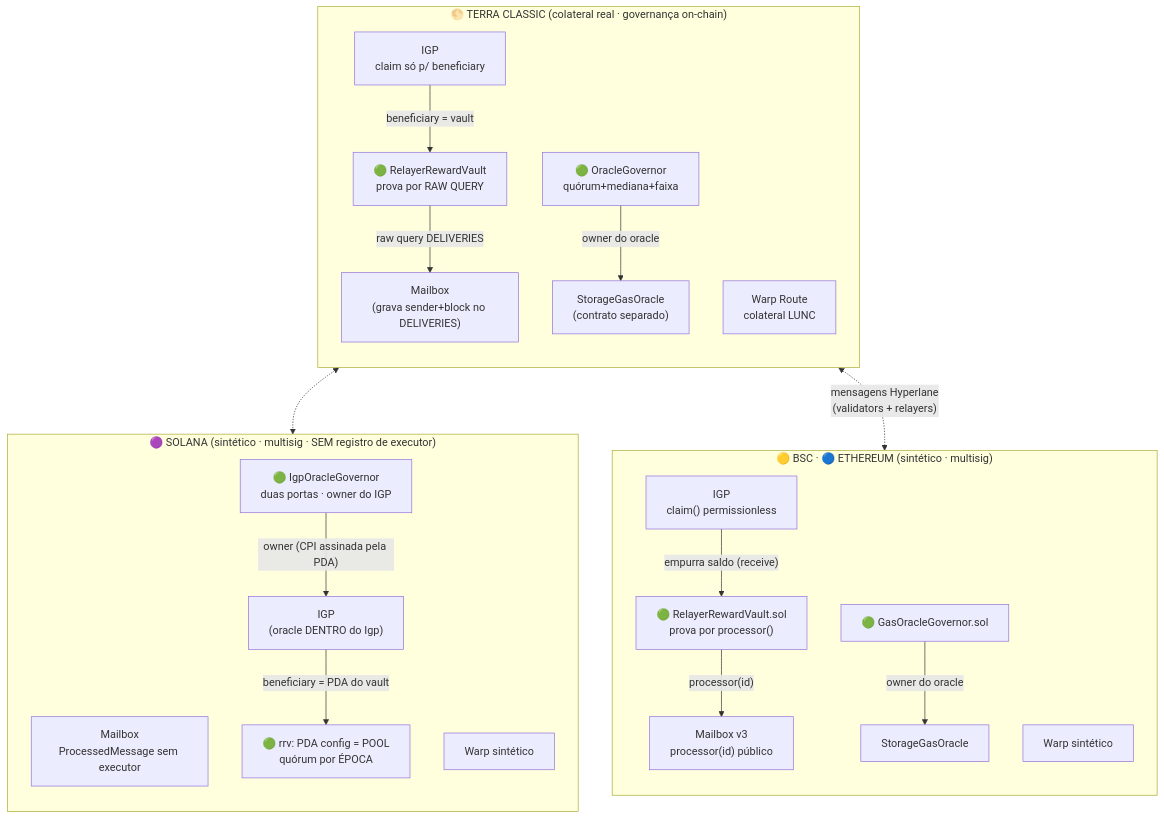
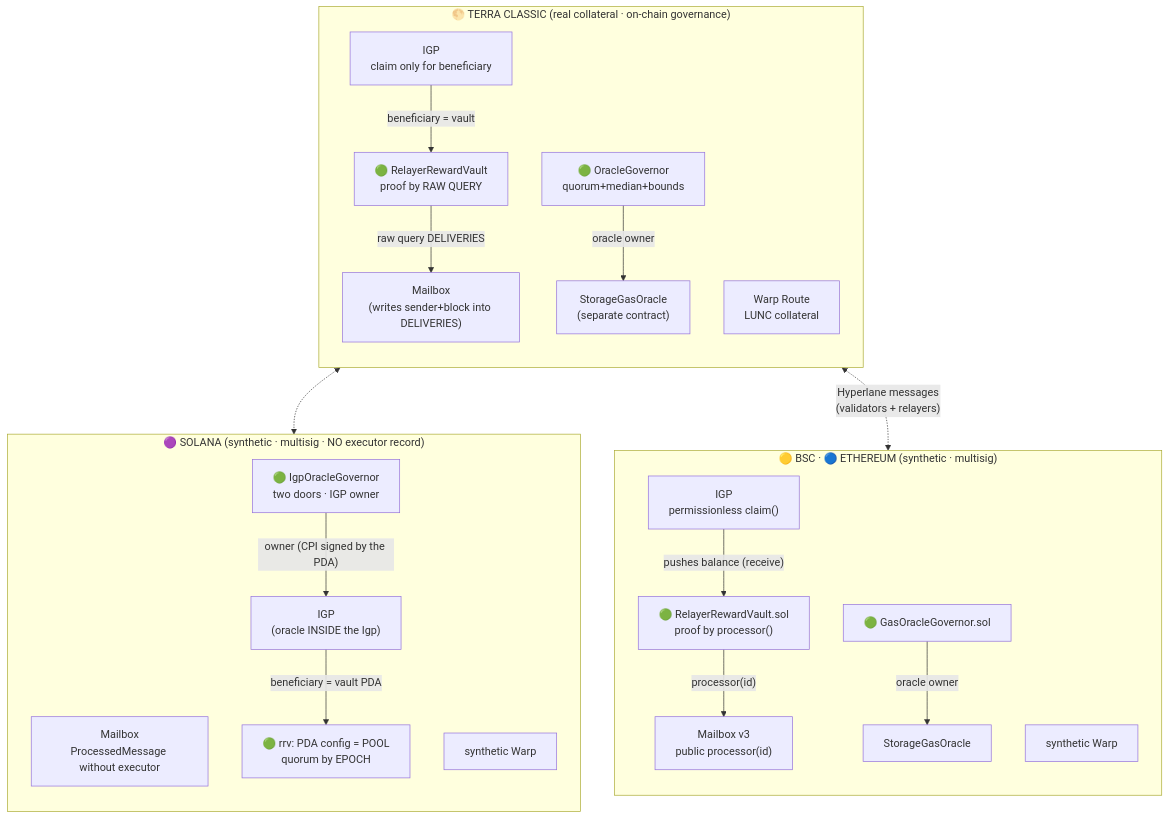
One commit to terra-classic-hyperlane/proof-of-delivery changed the first of 9 diagrams in docs/ARQUITETURA.md. Above: the diagram before and after it, drawn with Mermaid. The commit also changed other lines of this file and 29 other files, not shown here.

````diff
--- a/docs/ARQUITETURA.md
+++ b/docs/ARQUITETURA.md
@@ -15,42 +15,42 @@
 ```mermaid
 flowchart TB
-    subgraph TC["🌕 TERRA CLASSIC (colateral real · governança on-chain)"]
+    subgraph TC["🌕 TERRA CLASSIC (real collateral · on-chain governance)"]
         direction TB
-        TCmb["Mailbox<br/>(grava sender+block no DELIVERIES)"]
-        TCigp["IGP<br/>claim só p/ beneficiary"]
-        TCora["StorageGasOracle<br/>(contrato separado)"]
-        TCwarp["Warp Route<br/>colateral LUNC"]
-        TCvault["🟢 RelayerRewardVault<br/>prova por RAW QUERY"]
-        TCgov["🟢 OracleGovernor<br/>quórum+mediana+faixa"]
+        TCmb["Mailbox<br/>(writes sender+block into DELIVERIES)"]
+        TCigp["IGP<br/>claim only for beneficiary"]
+        TCora["StorageGasOracle<br/>(separate contract)"]
+        TCwarp["Warp Route<br/>LUNC collateral"]
+        TCvault["🟢 RelayerRewardVault<br/>proof by RAW QUERY"]
+        TCgov["🟢 OracleGovernor<br/>quorum+median+bounds"]
         TCigp -- "beneficiary = vault" --> TCvault
         TCvault -- "raw query DELIVERIES" --> TCmb
-        TCgov -- "owner do oracle" --> TCora
+        TCgov -- "oracle owner" --> TCora
     end
 
-    subgraph EVM["🟡 BSC · 🔵 ETHEREUM (sintético · multisig)"]
+    subgraph EVM["🟡 BSC · 🔵 ETHEREUM (synthetic · multisig)"]
         direction TB
-        Emb["Mailbox v3<br/>processor(id) público"]
-        Eigp["IGP<br/>claim() permissionless"]
+        Emb["Mailbox v3<br/>public processor(id)"]
+        Eigp["IGP<br/>permissionless claim()"]
         Eora["StorageGasOracle"]
-        Ewarp["Warp sintético"]
-        Evault["🟢 RelayerRewardVault.sol<br/>prova por processor()"]
+        Ewarp["synthetic Warp"]
+        Evault["🟢 RelayerRewardVault.sol<br/>proof by processor()"]
         Egov["🟢 GasOracleGovernor.sol"]
-        Eigp -- "empurra saldo (receive)" --> Evault
+        Eigp -- "pushes balance (receive)" --> Evault
         Evault -- "processor(id)" --> Emb
-        Egov -- "owner do oracle" --> Eora
+        Egov -- "oracle owner" --> Eora
     end
 
-    subgraph SOL["🟣 SOLANA (sintético · multisig · SEM registro de executor)"]
+    subgraph SOL["🟣 SOLANA (synthetic · multisig · NO executor record)"]
         direction TB
-        Smb["Mailbox<br/>ProcessedMessage sem executor"]
-        Sigp["IGP<br/>(oracle DENTRO do Igp)"]
-        Swarp["Warp sintético"]
-        Svault["🟢 rrv: PDA config = POOL<br/>quórum por ÉPOCA"]
-        Sgov["🟢 IgpOracleGovernor<br/>duas portas · owner do IGP"]
-        Sigp -- "beneficiary = PDA do vault" --> Svault
-        Sgov -- "owner (CPI assinada pela PDA)" --> Sigp
+        Smb["Mailbox<br/>ProcessedMessage without executor"]
+        Sigp["IGP<br/>(oracle INSIDE the Igp)"]
+        Swarp["synthetic Warp"]
+        Svault["🟢 rrv: PDA config = POOL<br/>quorum by EPOCH"]
+        Sgov["🟢 IgpOracleGovernor<br/>two doors · IGP owner"]
+        Sigp -- "beneficiary = vault PDA" --> Svault
+        Sgov -- "owner (CPI signed by the PDA)" --> Sigp
     end
 
-    TCwarp <-. "mensagens Hyperlane<br/>(validators + relayers)" .-> Ewarp
+    TCwarp <-. "Hyperlane messages<br/>(validators + relayers)" .-> Ewarp
     TCwarp <-. " " .-> Swarp
 ```
````
